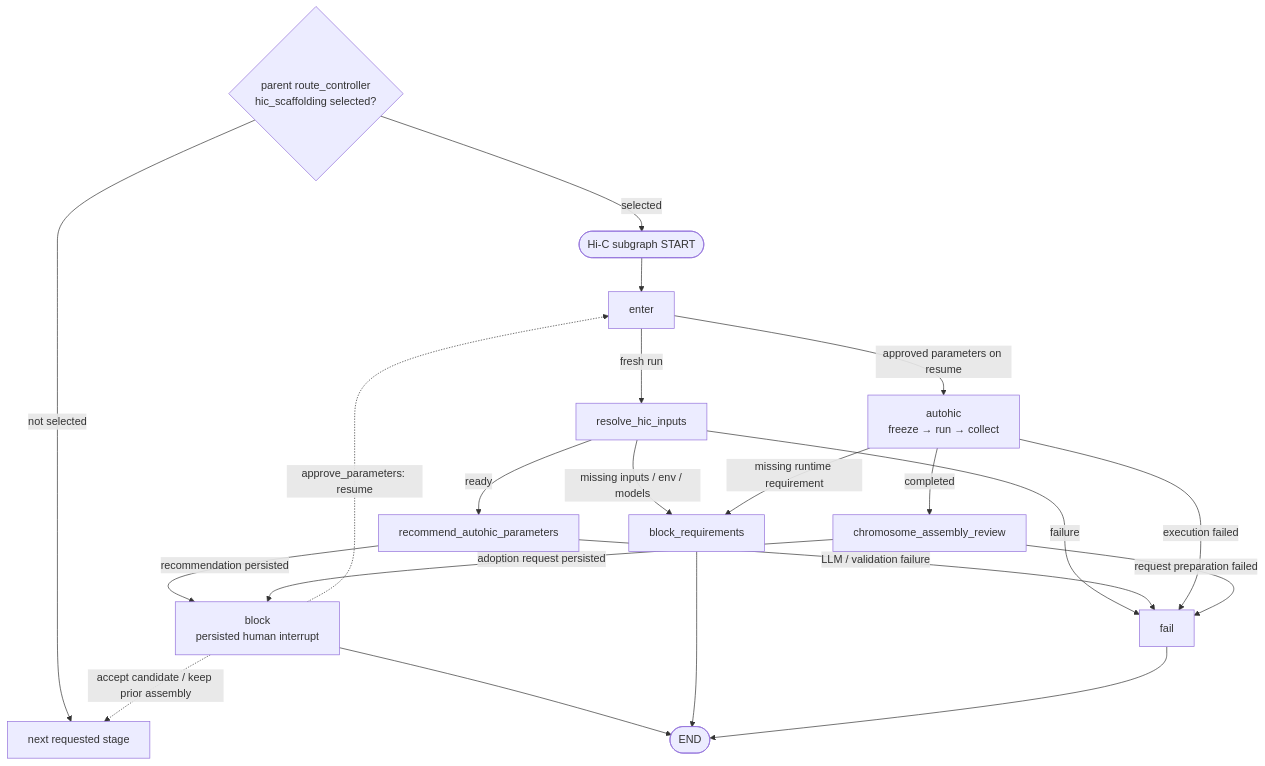
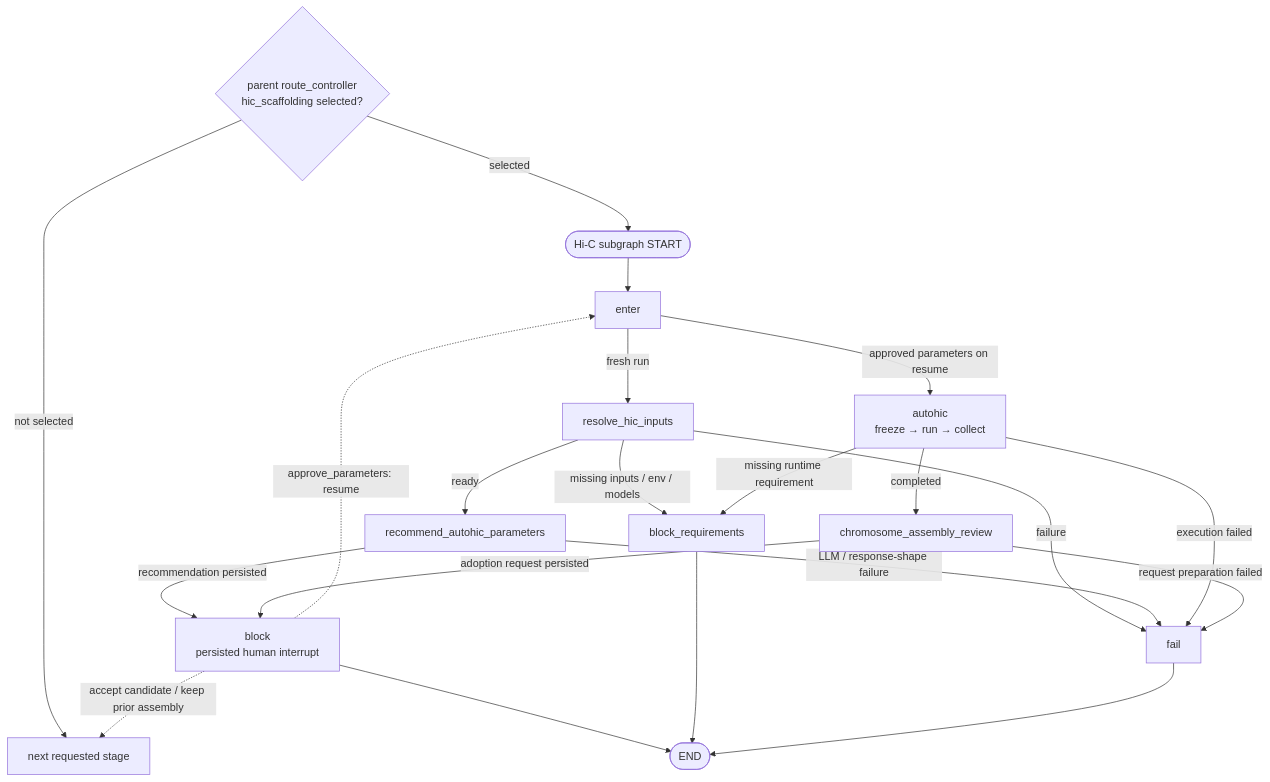
One commit to lux-666/genevis changed the diagram in docs/architecture/autohic-stage.md. Above: the diagram before and after it, drawn with Mermaid. The commit also changed other lines of this file and 105 other files, not shown here.

Commit message:
refactor: complete durable parameter recommendation flow

````diff
--- a/docs/architecture/autohic-stage.md
+++ b/docs/architecture/autohic-stage.md
@@ -54,37 +54,37 @@
 ```mermaid
 flowchart TD
     parent{"parent route_controller<br/>hic_scaffolding selected?"}
     next["next requested stage"]
     start(["Hi-C subgraph START"])
     enter["enter"]
     resolve["resolve_hic_inputs"]
     recommend["recommend_autohic_parameters"]
     autohic["autohic<br/>freeze → run → collect"]
     review["chromosome_assembly_review"]
     block["block<br/>persisted human interrupt"]
     requirements["block_requirements"]
     fail["fail"]
     ending(["END"])
 
     parent -- "not selected" --> next
     parent -- "selected" --> start
     start --> enter
     enter -- "fresh run" --> resolve
     enter -- "approved parameters on resume" --> autohic
     resolve -- "ready" --> recommend
     resolve -- "missing inputs / env / models" --> requirements
     resolve -- "failure" --> fail
     recommend -- "recommendation persisted" --> block
-    recommend -- "LLM / validation failure" --> fail
+    recommend -- "LLM / response-shape failure" --> fail
     block --> ending
     requirements --> ending
     fail --> ending
     autohic -- "completed" --> review
     autohic -- "missing runtime requirement" --> requirements
     autohic -- "execution failed" --> fail
     review -- "adoption request persisted" --> block
     review -- "request preparation failed" --> fail
 
     block -. "approve_parameters: resume" .-> enter
     block -. "accept candidate / keep prior assembly" .-> next
 ```
````
